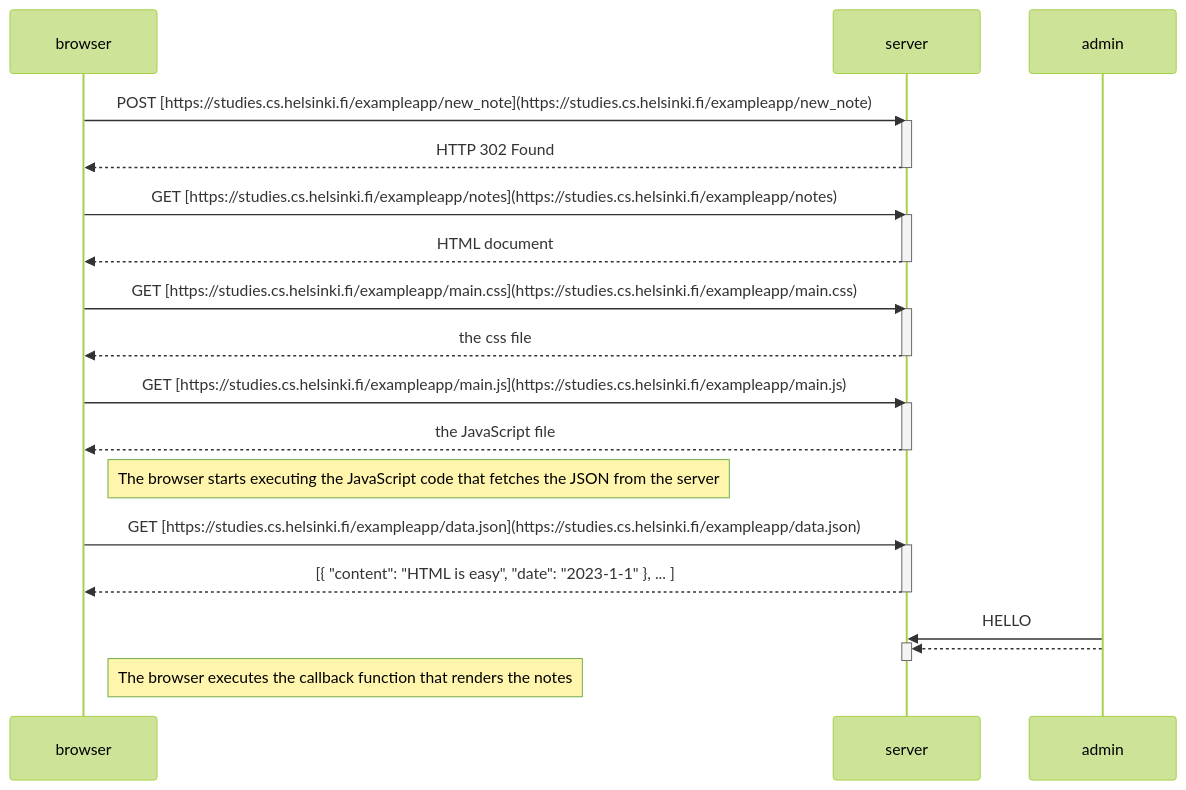
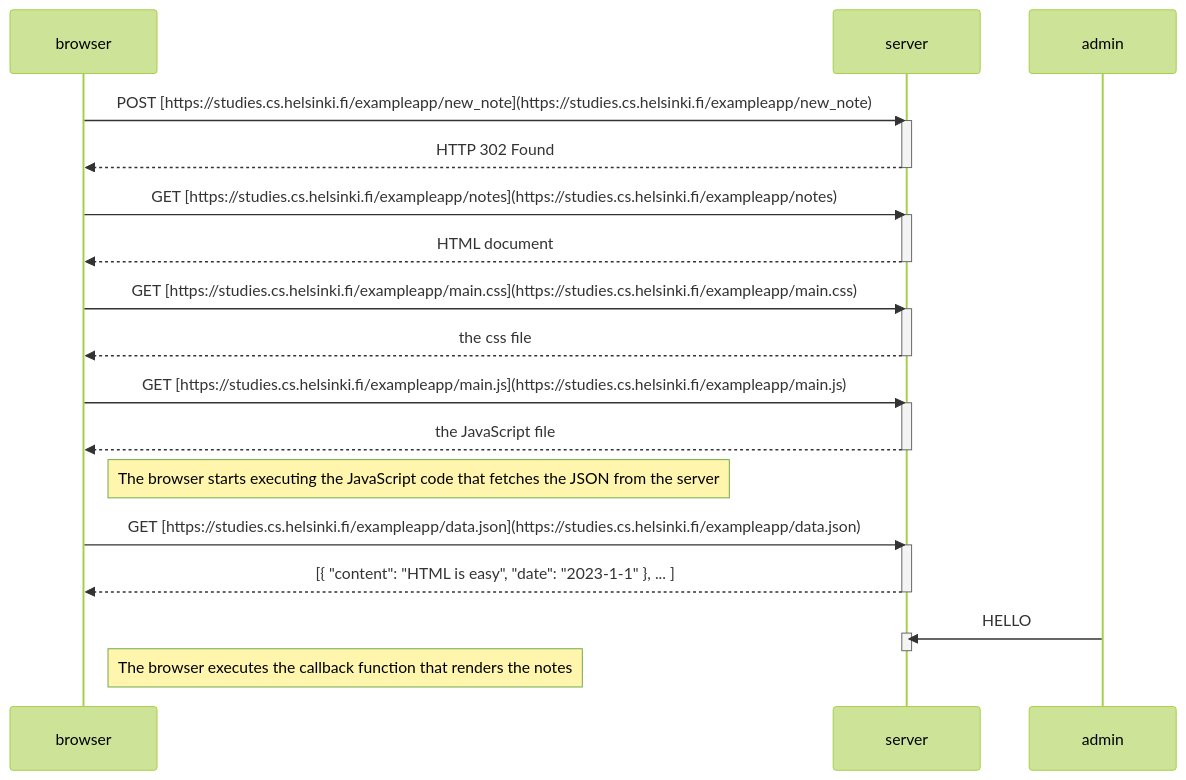
The diagram in part0/0.4.md (ARTHUR-MORGAN2004/fullstackopen), drawn with Mermaid (forest theme) before and after one commit.

````diff
--- a/part0/0.4.md
+++ b/part0/0.4.md
@@ -1,40 +1,40 @@
 ```mermaid
 sequenceDiagram
     participant browser
     participant server
     participant admin
 
     browser->>server: POST [https://studies.cs.helsinki.fi/exampleapp/new_note](https://studies.cs.helsinki.fi/exampleapp/new_note)
     activate server
     server-->>browser: HTTP 302 Found
     deactivate server
 
     browser->>server: GET [https://studies.cs.helsinki.fi/exampleapp/notes](https://studies.cs.helsinki.fi/exampleapp/notes)
     activate server
     server-->>browser: HTML document
     deactivate server
 
     browser->>server: GET [https://studies.cs.helsinki.fi/exampleapp/main.css](https://studies.cs.helsinki.fi/exampleapp/main.css)
     activate server
     server-->>browser: the css file
     deactivate server
 
     browser->>server: GET [https://studies.cs.helsinki.fi/exampleapp/main.js](https://studies.cs.helsinki.fi/exampleapp/main.js)
     activate server
     server-->>browser: the JavaScript file
     deactivate server
 
     Note right of browser: The browser starts executing the JavaScript code that fetches the JSON from the server
 
     browser->>server: GET [https://studies.cs.helsinki.fi/exampleapp/data.json](https://studies.cs.helsinki.fi/exampleapp/data.json)
     activate server
     server-->>browser: [{ "content": "HTML is easy", "date": "2023-1-1" }, ... ]
     deactivate server
 
     admin->>server:  HELLO
     activate server
-    admin-->>server:
+    
     deactivate server
 
     Note right of browser: The browser executes the callback function that renders the notes
 ```
````
